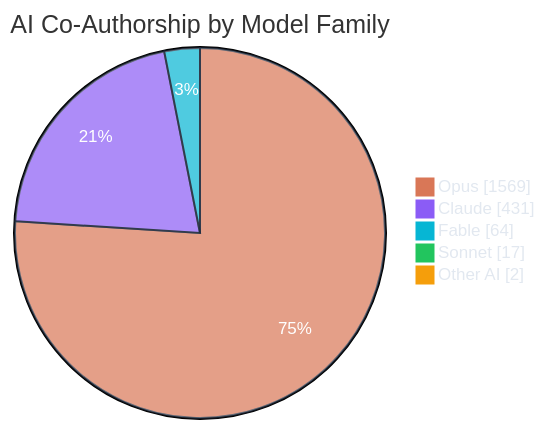
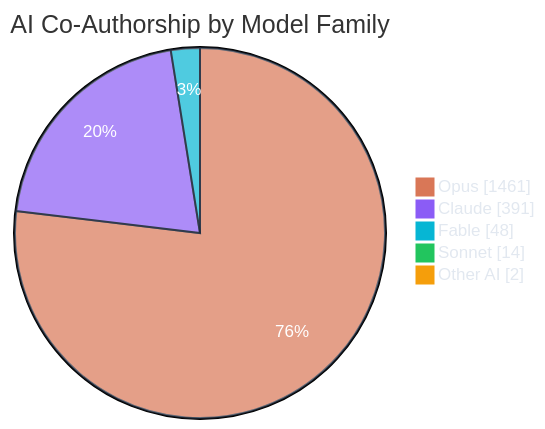
One commit to polo-nyan/polo-nyan changed the third of 7 diagrams in README.md. Above: the diagram before and after it, drawn with Mermaid. The commit also changed other lines of this file and 1 other file, not shown here.

````diff
--- a/README.md
+++ b/README.md
@@ -279,10 +279,10 @@
 ```mermaid
 %%{init: {"theme": "base", "themeVariables": { "pie1": "#d97757", "pie2": "#8b5cf6", "pie3": "#06b6d4", "pie4": "#22c55e", "pie5": "#f59e0b", "pie6": "#ec4899", "pieTextColor": "#ffffff", "pieLegendTextColor": "#e2e8f0", "pieSectionTextColor": "#ffffff", "pieStrokeColor": "#1e293b" }}}%%
 pie showData
     title AI Co-Authorship by Model Family
-    "Opus" : 1569
-    "Claude" : 431
-    "Fable" : 64
-    "Sonnet" : 17
+    "Opus" : 1461
+    "Claude" : 391
+    "Fable" : 48
+    "Sonnet" : 14
     "Other AI" : 2
 ```
````
